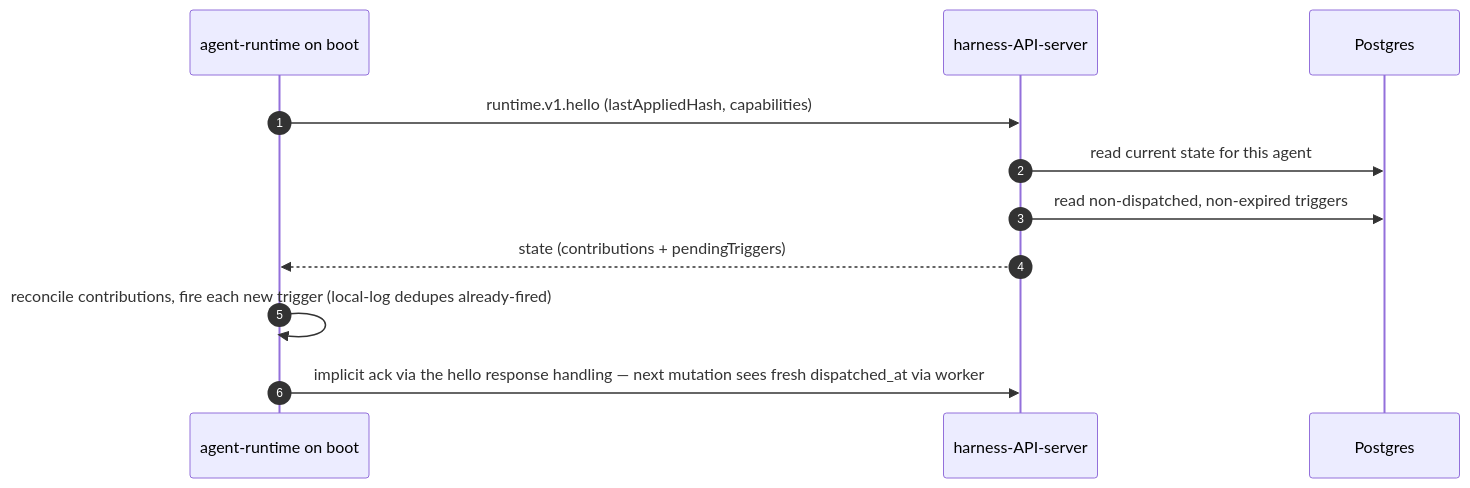
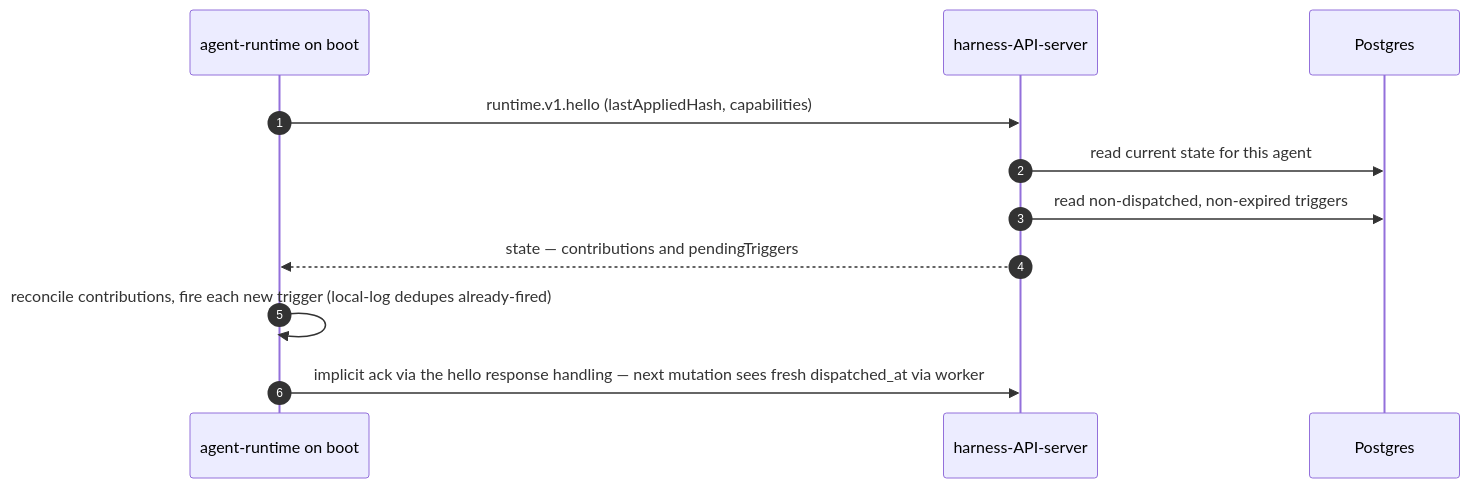
The fourth of 6 diagrams in docs/architecture/connections.md (dam-agents/dam), drawn with Mermaid before and after one commit. The commit also changed other lines of this file, not shown here.

Commit message:
docs: escape + in mermaid sequence messages (GitHub parse error)

````diff
--- a/docs/architecture/connections.md
+++ b/docs/architecture/connections.md
@@ -284,14 +284,14 @@
 ```mermaid
 sequenceDiagram
   autonumber
   participant RT as agent-runtime on boot
   participant HS as harness-API-server
   participant PG as Postgres
 
   RT->>HS: runtime.v1.hello (lastAppliedHash, capabilities)
   HS->>PG: read current state for this agent
   HS->>PG: read non-dispatched, non-expired triggers
-  HS-->>RT: state (contributions + pendingTriggers)
+  HS-->>RT: state — contributions and pendingTriggers
   RT->>RT: reconcile contributions, fire each new trigger (local-log dedupes already-fired)
   RT->>HS: implicit ack via the hello response handling — next mutation sees fresh dispatched_at via worker
 ```
````
